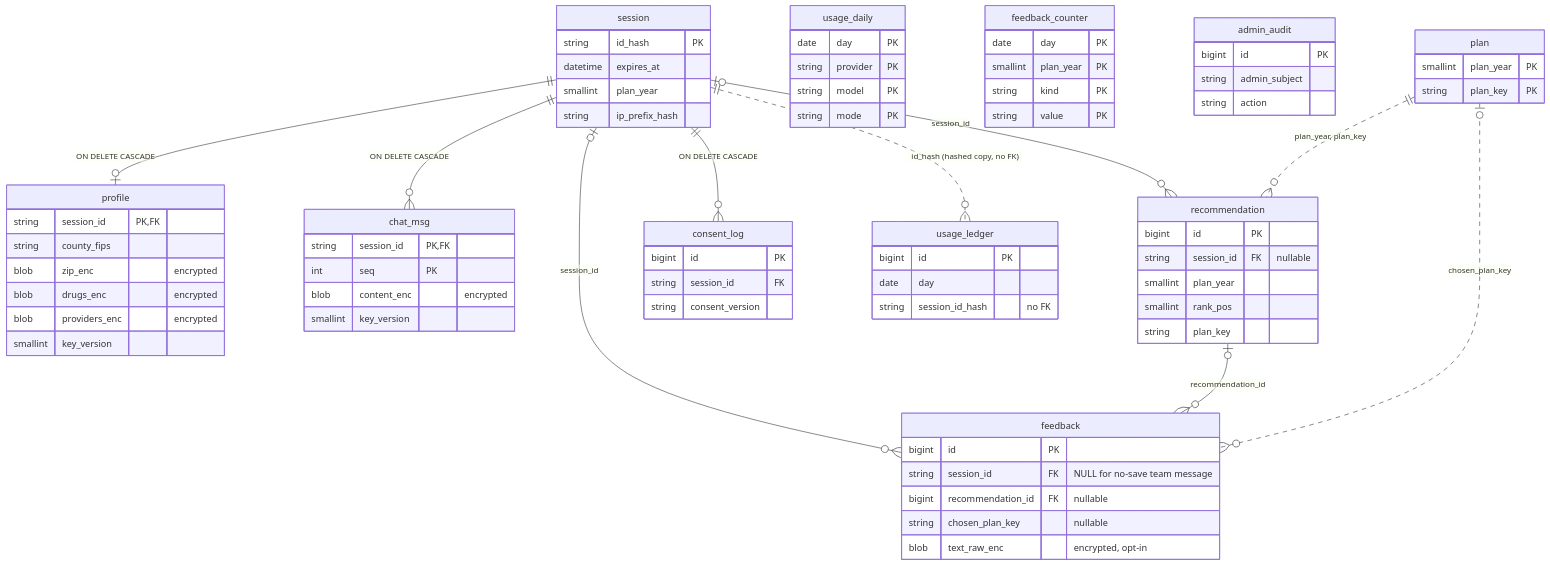
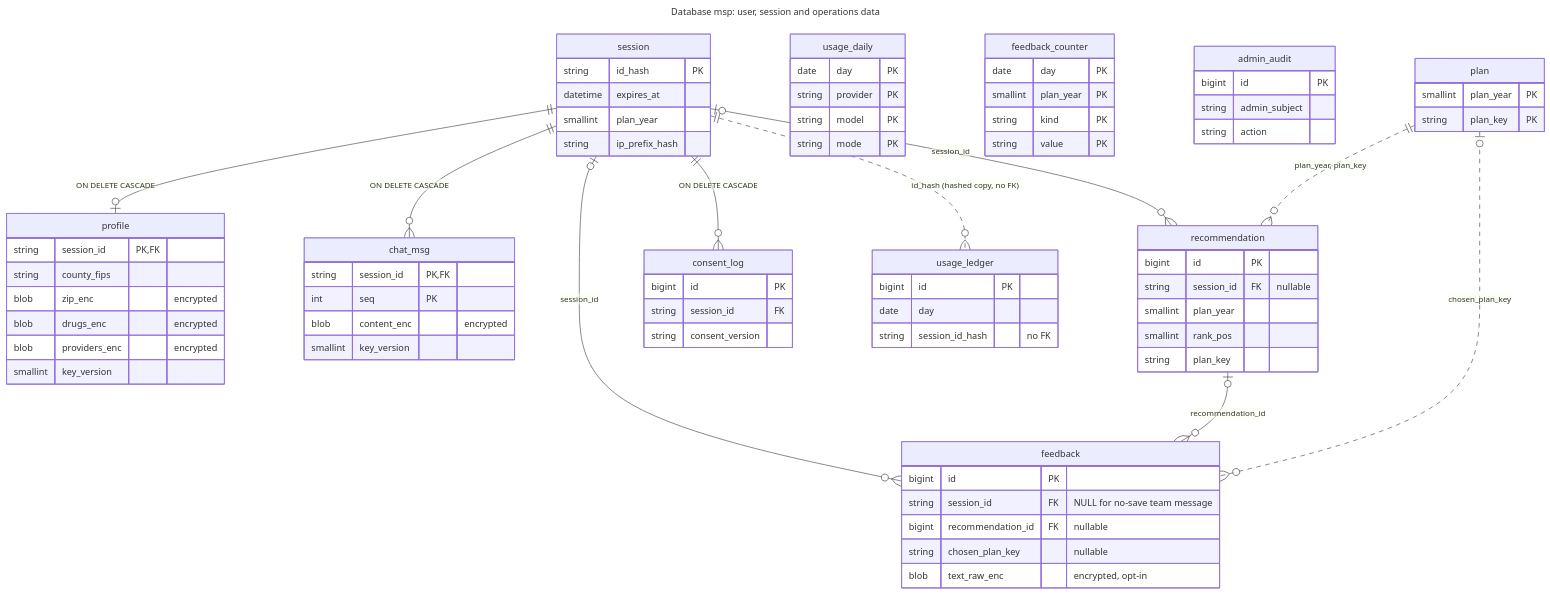
Before and after one commit to thomas-choi/medicare-plan-selector: the fifth of 5 diagrams in docs/design/DESIGN.md, drawn with Mermaid. The commit also changed other lines of this file, not shown here.

Commit message:
docs(design): name database msp in data model diagram titles

````diff
--- a/docs/design/DESIGN.md
+++ b/docs/design/DESIGN.md
@@ -270,78 +276,81 @@
 ```mermaid
+---
+title: "Database msp: user, session and operations data"
+---
 erDiagram
     session {
         string id_hash PK
         datetime expires_at
         smallint plan_year
         string ip_prefix_hash
     }
     profile {
         string session_id PK, FK
         string county_fips
         blob zip_enc "encrypted"
         blob drugs_enc "encrypted"
         blob providers_enc "encrypted"
         smallint key_version
     }
     chat_msg {
         string session_id PK, FK
         int seq PK
         blob content_enc "encrypted"
         smallint key_version
     }
     recommendation {
         bigint id PK
         string session_id FK "nullable"
         smallint plan_year
         smallint rank_pos
         string plan_key
     }
     feedback {
         bigint id PK
         string session_id FK "NULL for no-save team message"
         bigint recommendation_id FK "nullable"
         string chosen_plan_key "nullable"
         blob text_raw_enc "encrypted, opt-in"
     }
     consent_log {
         bigint id PK
         string session_id FK
         string consent_version
     }
     usage_ledger {
         bigint id PK
         date day
         string session_id_hash "no FK"
     }
     usage_daily {
         date day PK
         string provider PK
         string model PK
         string mode PK
     }
     feedback_counter {
         date day PK
         smallint plan_year PK
         string kind PK
         string value PK
     }
     admin_audit {
         bigint id PK
         string admin_subject
         string action
     }
     plan {
         smallint plan_year PK
         string plan_key PK
     }
 
     session ||--o| profile : "ON DELETE CASCADE"
     session ||--o{ chat_msg : "ON DELETE CASCADE"
     session ||--o{ consent_log : "ON DELETE CASCADE"
     session |o--o{ recommendation : "session_id"
     session |o--o{ feedback : "session_id"
     recommendation |o--o{ feedback : "recommendation_id"
     plan ||..o{ recommendation : "plan_year, plan_key"
     plan |o..o{ feedback : "chosen_plan_key"
     session ||..o{ usage_ledger : "id_hash (hashed copy, no FK)"
 ```
````
